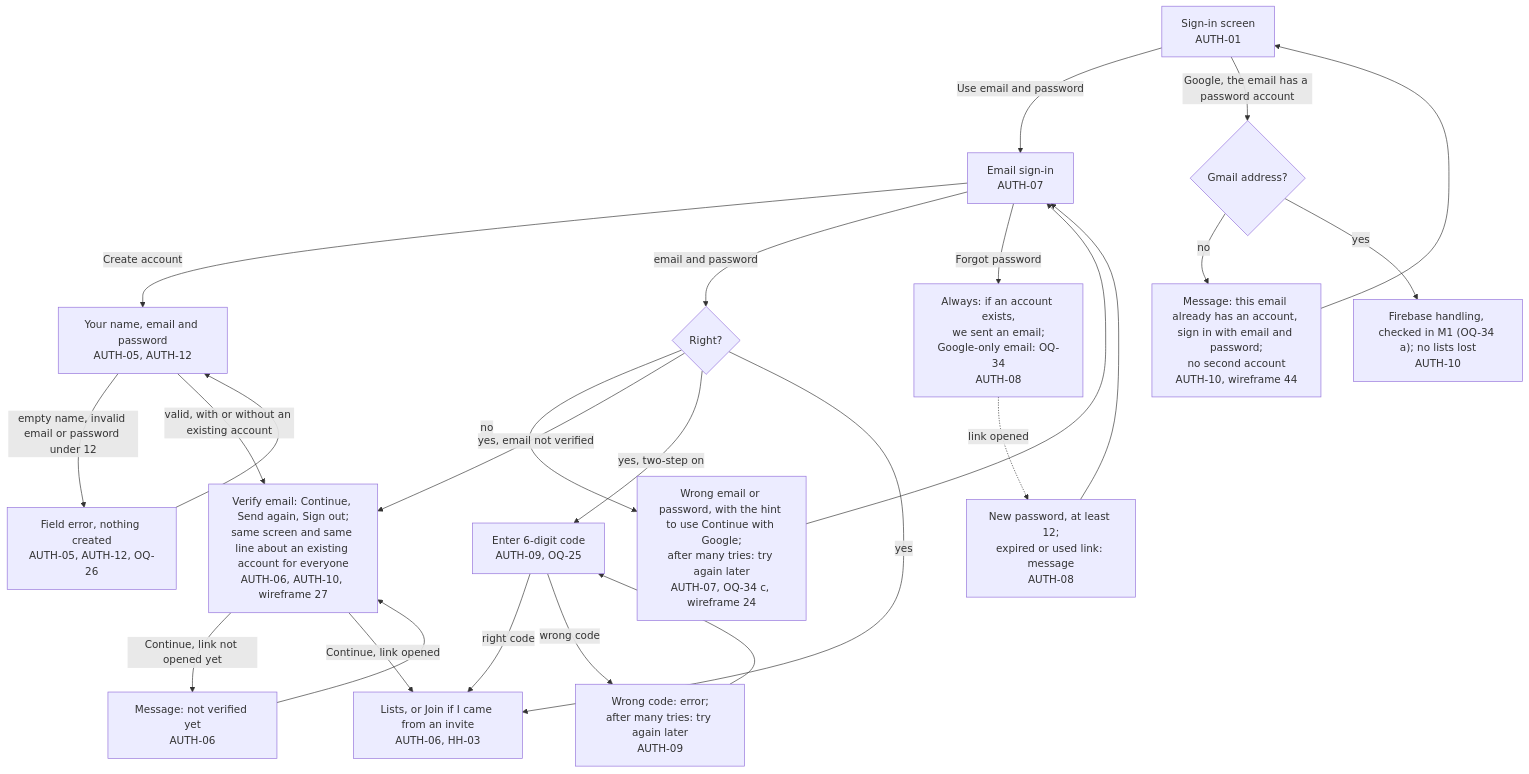
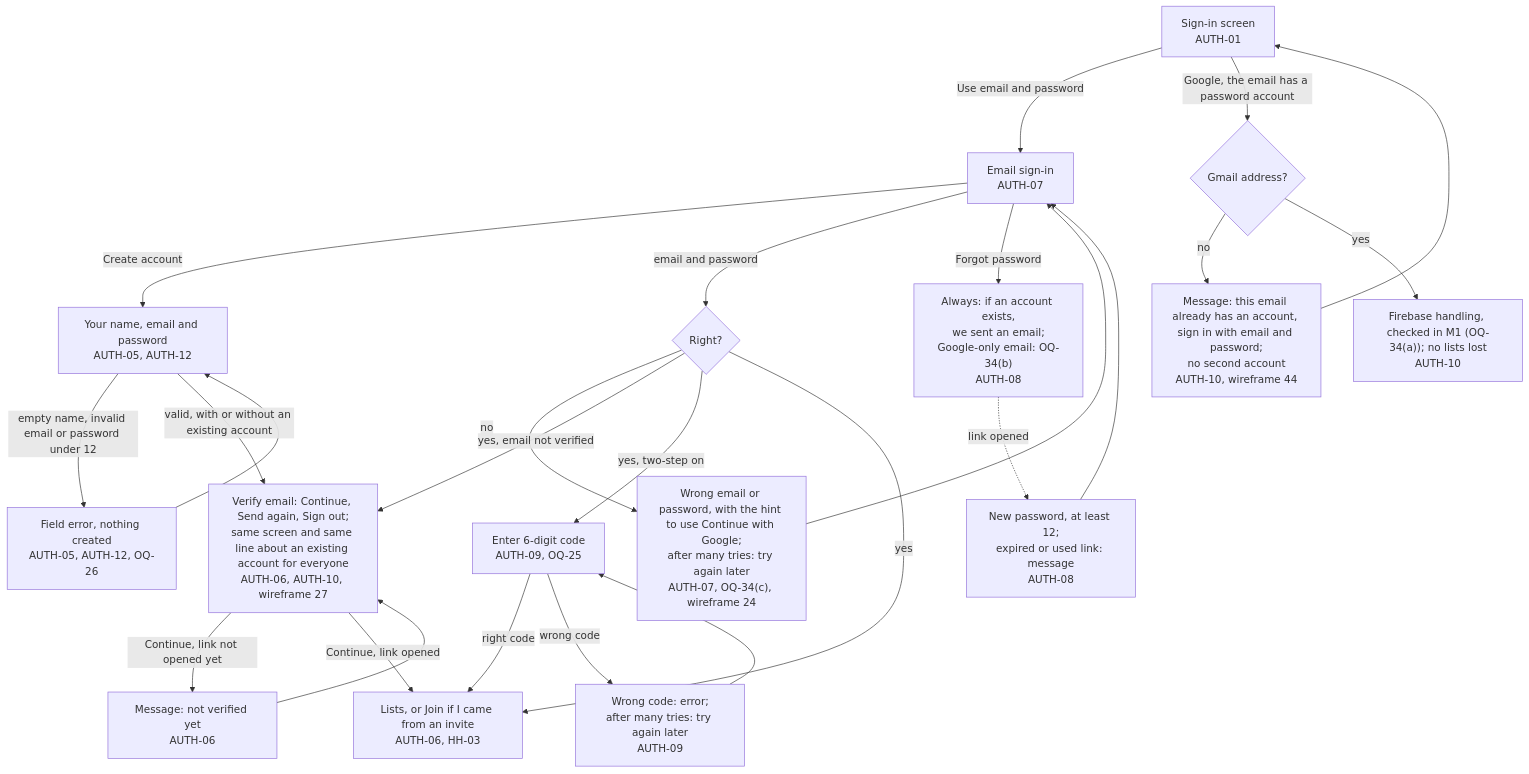
The third of 11 diagrams in docs/product/flow.md (bondo/listicles2), drawn with Mermaid before and after one commit. The commit also changed other lines of this file and 11 other files, not shown here.

First line of the commit message:
docs: round 2 nits (OQ-34 refs, wireframe 45 title, README range, name step in the app-start flow)

````diff
--- a/docs/product/flow.md
+++ b/docs/product/flow.md
@@ -95,21 +97,21 @@
 ```mermaid
 flowchart TD
     si["Sign-in screen<br>AUTH-01"] -- "Use email and password" --> es["Email sign-in<br>AUTH-07"]
     es -- "Create account" --> ca["Your name, email and password<br>AUTH-05, AUTH-12"]
     ca -- "empty name, invalid email or password under 12" --> caerr["Field error, nothing created<br>AUTH-05, AUTH-12, OQ-26"] --> ca
     ca -- "valid, with or without an existing account" --> ve["Verify email: Continue, Send again, Sign out;<br>same screen and same line about an existing account for everyone<br>AUTH-06, AUTH-10, wireframe 27"]
     ve -- "Continue, link not opened yet" --> vnot["Message: not verified yet<br>AUTH-06"] --> ve
     ve -- "Continue, link opened" --> home["Lists, or Join if I came from an invite<br>AUTH-06, HH-03"]
     es -- "email and password" --> ok{"Right?"}
-    ok -- "no" --> wrong["Wrong email or password, with the hint to use Continue with Google;<br>after many tries: try again later<br>AUTH-07, OQ-34 c, wireframe 24"] --> es
+    ok -- "no" --> wrong["Wrong email or password, with the hint to use Continue with Google;<br>after many tries: try again later<br>AUTH-07, OQ-34(c), wireframe 24"] --> es
     ok -- "yes, email not verified" --> ve
     ok -- "yes, two-step on" --> code["Enter 6-digit code<br>AUTH-09, OQ-25"]
     code -- "right code" --> home
     code -- "wrong code" --> codeerr["Wrong code: error;<br>after many tries: try again later<br>AUTH-09"] --> code
     ok -- "yes" --> home
-    es -- "Forgot password" --> rp["Always: if an account exists,<br>we sent an email;<br>Google-only email: OQ-34<br>AUTH-08"]
+    es -- "Forgot password" --> rp["Always: if an account exists,<br>we sent an email;<br>Google-only email: OQ-34(b)<br>AUTH-08"]
     rp -. "link opened" .-> newpw["New password, at least 12;<br>expired or used link: message<br>AUTH-08"] --> es
     si -- "Google, the email has a password account" --> gsame{"Gmail address?"}
     gsame -- "no" --> coll["Message: this email already has an account, sign in with email and password;<br>no second account<br>AUTH-10, wireframe 44"] --> si
-    gsame -- "yes" --> gmail["Firebase handling, checked in M1 (OQ-34 a); no lists lost<br>AUTH-10"]
+    gsame -- "yes" --> gmail["Firebase handling, checked in M1 (OQ-34(a)); no lists lost<br>AUTH-10"]
 ```
````
